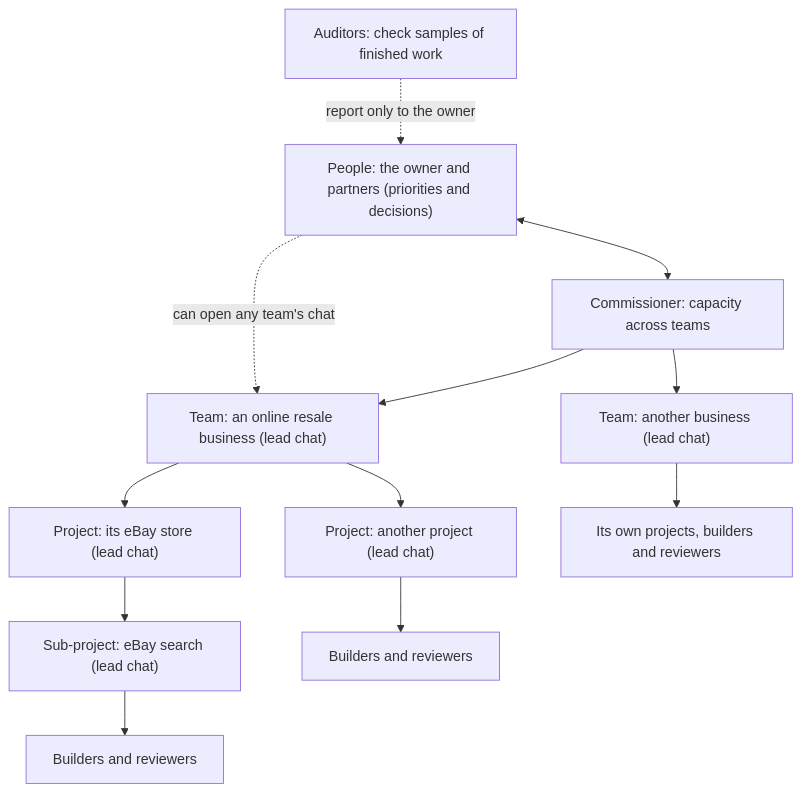
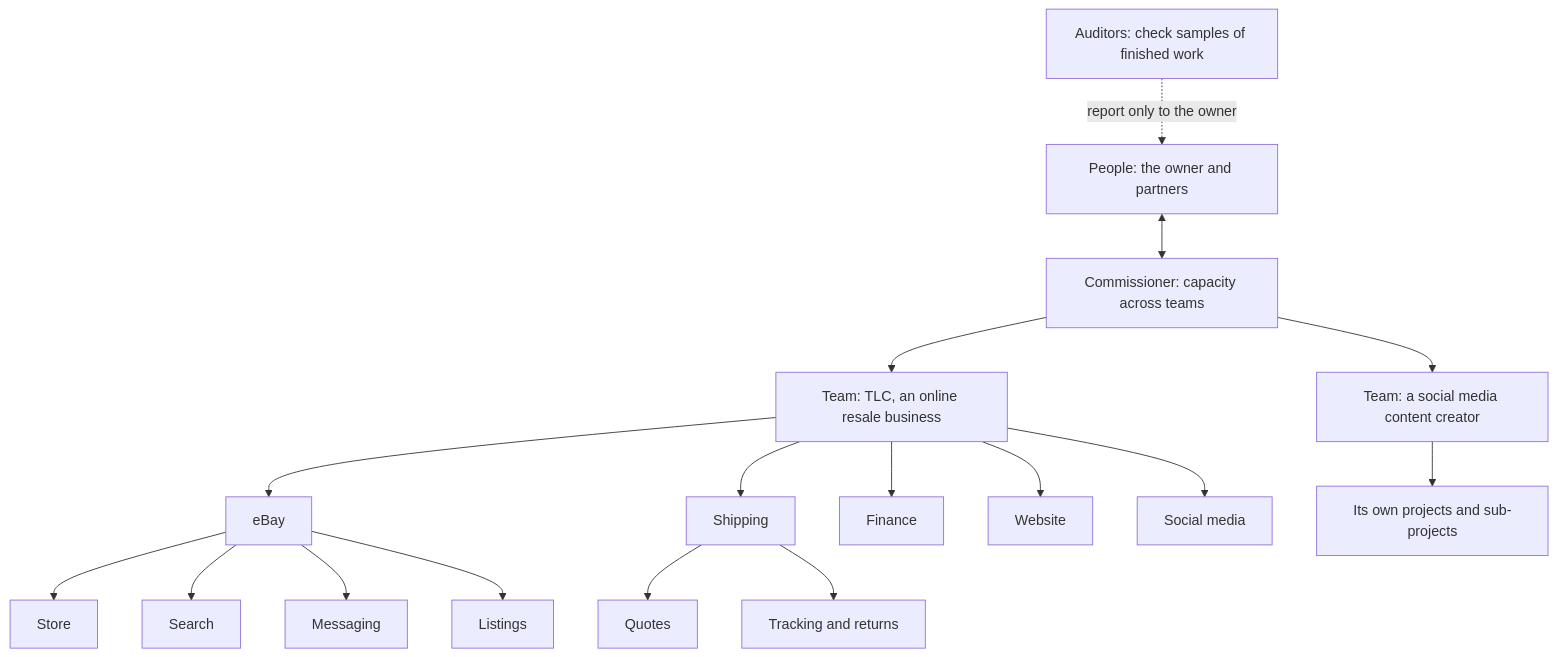
The first of 2 diagrams in README.md (TrendyLuxe-Club/agent-dispatch-dashboard-overview), drawn with Mermaid before and after one commit. The commit also changed other lines of this file, not shown here.

````diff
--- a/README.md
+++ b/README.md
@@ -30,14 +30,19 @@
 ```mermaid
 flowchart TB
-  O["People: the owner and partners (priorities and decisions)"] <--> C[Commissioner: capacity across teams]
-  O -.->|can open any team's chat| T1
-  C --> T1["Team: an online resale business (lead chat)"]
-  C --> T2["Team: another business (lead chat)"]
-  T1 --> P1["Project: its eBay store (lead chat)"]
-  T1 --> P2["Project: another project (lead chat)"]
-  P1 --> S1["Sub-project: eBay search (lead chat)"]
-  S1 --> W1[Builders and reviewers]
-  P2 --> W2[Builders and reviewers]
-  T2 --> W3[Its own projects, builders and reviewers]
+  O["People: the owner and partners"] <--> C[Commissioner: capacity across teams]
+  C --> T1["Team: TLC, an online resale business"]
+  C --> T2["Team: a social media content creator"]
+  T1 --> E[eBay]
+  T1 --> SH[Shipping]
+  T1 --> FI[Finance]
+  T1 --> WE[Website]
+  T1 --> SM[Social media]
+  E --> E1[Store]
+  E --> E2[Search]
+  E --> E3[Messaging]
+  E --> E4[Listings]
+  SH --> SH1[Quotes]
+  SH --> SH2[Tracking and returns]
+  T2 --> T2P[Its own projects and sub-projects]
   F[Auditors: check samples of finished work] -.->|report only to the owner| O
 ```
````
